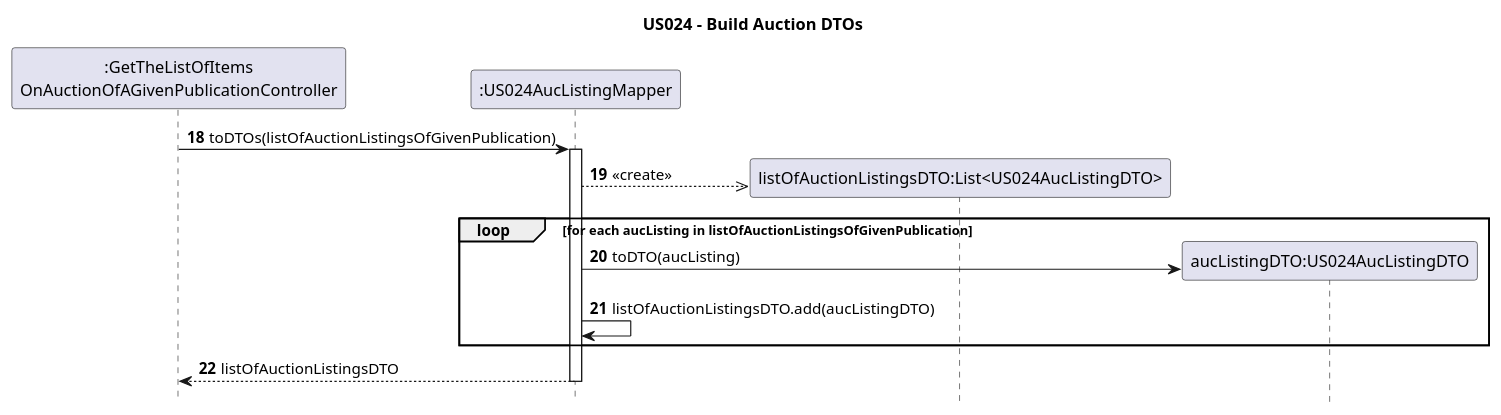
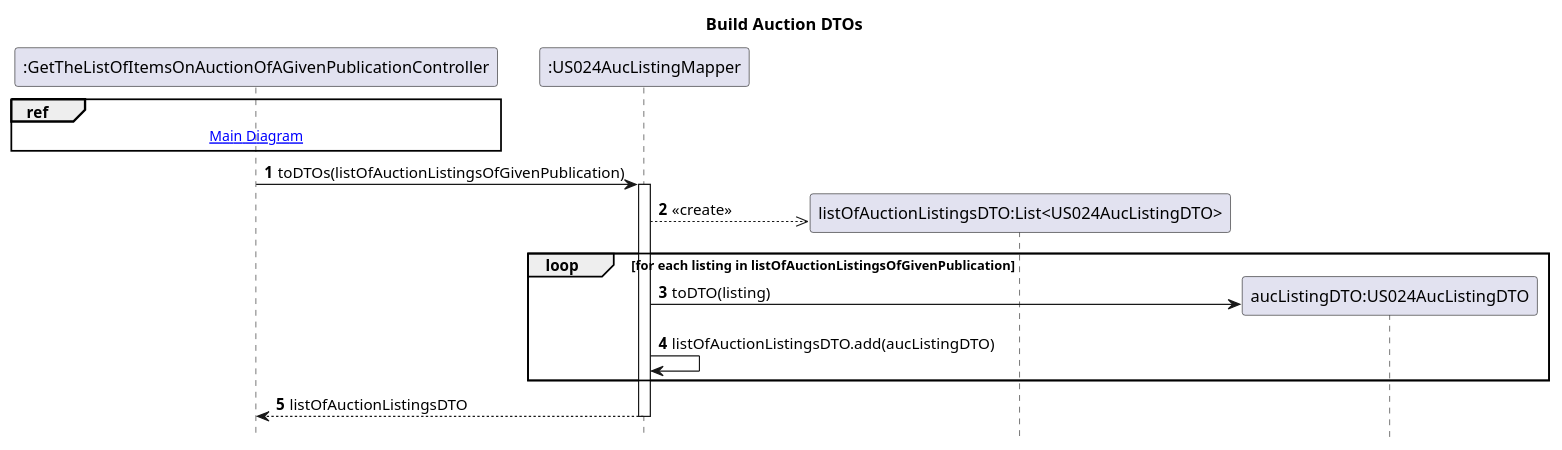
One commit to AndrePereiraGitH/SWitCH-Project-Team_A changed the diagram in Diagrams/SequenceDiagrams/N2/To-Get-List-Of-Items-Auction-Of-Given-Publication/4. BuildAuctionDTOs.puml. Above: the diagram before and after it, drawn with PlantUML. The commit also changed 8 other files, not shown here.

```diff
--- a/Diagrams/SequenceDiagrams/N2/To-Get-List-Of-Items-Auction-Of-Given-Publication/4. BuildAuctionDTOs.puml
+++ b/Diagrams/SequenceDiagrams/N2/To-Get-List-Of-Items-Auction-Of-Given-Publication/4. BuildAuctionDTOs.puml
@@ -1,24 +1,28 @@
 @startuml
 hide footbox
-autonumber 18
-title US024 - Build Auction DTOs
+autonumber
+title Build Auction DTOs
 
-participant ":GetTheListOfItems\nOnAuctionOfAGivenPublicationController" as Ctrl
+participant ":GetTheListOfItemsOnAuctionOfAGivenPublicationController" as Ctrl
 participant ":US024AucListingMapper" as mapper
 participant "listOfAuctionListingsDTO:List<US024AucListingDTO>" as listOfAucListingDTO
 participant "aucListingDTO:US024AucListingDTO" as auctionListingDTO
 
+ref over Ctrl
+  [[1.MainDiagram.puml Main Diagram]]
+end ref
+
 Ctrl -> mapper: toDTOs(listOfAuctionListingsOfGivenPublication)
 activate mapper
 
-mapper -->> listOfAucListingDTO**: <<create>>
+mapper -->> listOfAucListingDTO **: <<create>>
 
-loop for each aucListing in listOfAuctionListingsOfGivenPublication
-    mapper -> auctionListingDTO **: toDTO(aucListing)
+loop for each listing in listOfAuctionListingsOfGivenPublication
+    mapper -> auctionListingDTO **: toDTO(listing)
     mapper -> mapper: listOfAuctionListingsDTO.add(aucListingDTO)
 end
 
 mapper --> Ctrl: listOfAuctionListingsDTO
 deactivate mapper
 
 @enduml
```
